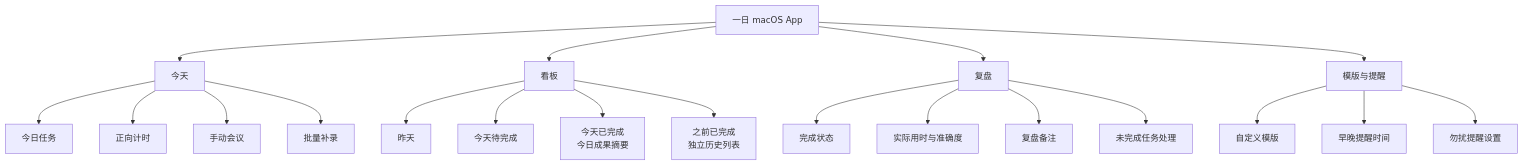
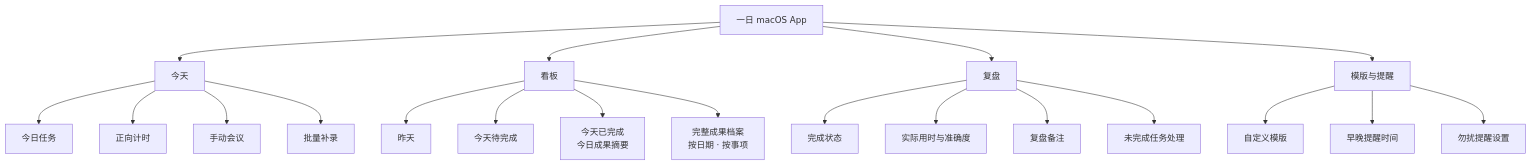
The second of 6 diagrams in PRODUCT_SPEC.md (caoaolei/One-Day), drawn with Mermaid before and after one commit. The commit also changed other lines of this file and 11 other files, not shown here.

````diff
--- a/PRODUCT_SPEC.md
+++ b/PRODUCT_SPEC.md
@@ -85,26 +87,26 @@
 ```mermaid
 flowchart TB
     App["一日 macOS App"] --> Today["今天"]
     App --> Board["看板"]
     App --> Review["复盘"]
     App --> Templates["模版与提醒"]
 
     Today --> T1["今日任务"]
     Today --> T2["正向计时"]
     Today --> T3["手动会议"]
     Today --> T4["批量补录"]
 
     Board --> B1["昨天"]
     Board --> B2["今天待完成"]
     Board --> B3["今天已完成<br/>今日成果摘要"]
-    Board --> B4["之前已完成<br/>独立历史列表"]
+    Board --> B4["完整成果档案<br/>按日期 · 按事项"]
 
     Review --> R1["完成状态"]
     Review --> R2["实际用时与准确度"]
     Review --> R3["复盘备注"]
     Review --> R4["未完成任务处理"]
 
     Templates --> M1["自定义模版"]
     Templates --> M2["早晚提醒时间"]
     Templates --> M3["勿扰提醒设置"]
 ```
````
